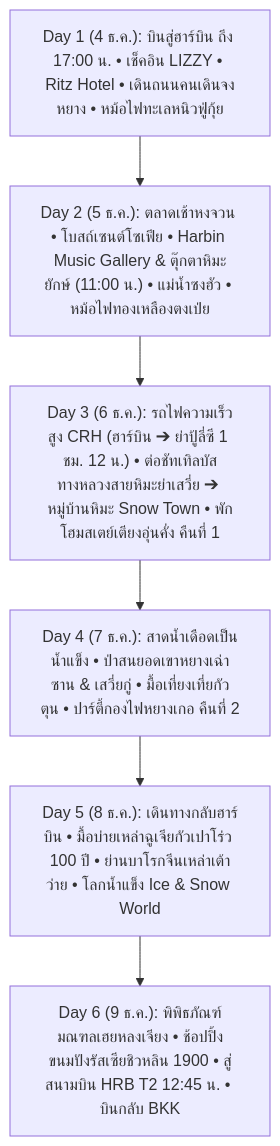
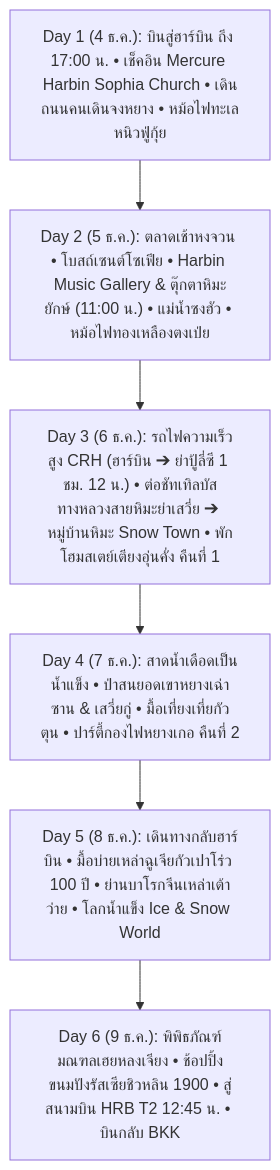
One commit to gigadoy2016/Travel changed the diagram in Plan_05_Harbin.md. Above: the diagram before and after it, drawn with Mermaid. The commit also changed other lines of this file and 5 other files, not shown here.

Commit message:
feat(harbin): update Nights 1-2 hotel to Mercure Harbin Central Street Sophia Church with exact AMAP coords (v19)

````diff
--- a/Plan_05_Harbin.md
+++ b/Plan_05_Harbin.md
@@ -54,8 +54,8 @@
 ```mermaid
 graph TD
-    D1["Day 1 (4 ธ.ค.): บินสู่ฮาร์บิน ถึง 17:00 น. • เช็คอิน LIZZY • Ritz Hotel • เดินถนนคนเดินจงหยาง • หม้อไฟทะเลหนิวฟู่กุ้ย"] --> D2["Day 2 (5 ธ.ค.): ตลาดเช้าหงจวน • โบสถ์เซนต์โซเฟีย • Harbin Music Gallery & ตุ๊กตาหิมะยักษ์ (11:00 น.) • แม่น้ำซงฮัว • หม้อไฟทองเหลืองตงเป่ย"]
+    D1["Day 1 (4 ธ.ค.): บินสู่ฮาร์บิน ถึง 17:00 น. • เช็คอิน Mercure Harbin Sophia Church • เดินถนนคนเดินจงหยาง • หม้อไฟทะเลหนิวฟู่กุ้ย"] --> D2["Day 2 (5 ธ.ค.): ตลาดเช้าหงจวน • โบสถ์เซนต์โซเฟีย • Harbin Music Gallery & ตุ๊กตาหิมะยักษ์ (11:00 น.) • แม่น้ำซงฮัว • หม้อไฟทองเหลืองตงเป่ย"]
     D2 --> D3["Day 3 (6 ธ.ค.): รถไฟความเร็วสูง CRH (ฮาร์บิน ➔ ย่าปู้ลี่ซี 1 ชม. 12 น.) • ต่อชัทเทิลบัสทางหลวงสายหิมะย่าเสวี่ย ➔ หมู่บ้านหิมะ Snow Town • พักโฮมสเตย์เตียงอุ่นคั่ง คืนที่ 1"]
     D3 --> D4["Day 4 (7 ธ.ค.): สาดน้ำเดือดเป็นน้ำแข็ง • ป่าสนยอดเขาหยางเฉ่าซาน & เสวี่ยกู่ • มื้อเที่ยงเที่ยกัวตุน • ปาร์ตี้กองไฟหยางเกอ คืนที่ 2"]
     D4 --> D5["Day 5 (8 ธ.ค.): เดินทางกลับฮาร์บิน • มื้อบ่ายเหล่าฉูเจียกัวเปาโร่ว 100 ปี • ย่านบาโรกจีนเหล่าเต้าว่าย • โลกน้ำแข็ง Ice & Snow World"]
     D5 --> D6["Day 6 (9 ธ.ค.): พิพิธภัณฑ์มณฑลเฮยหลงเจียง • ช้อปปิ้งขนมปังรัสเซียชิวหลิน 1900 • สู่สนามบิน HRB T2 12:45 น. • บินกลับ BKK"]
 ```
````
